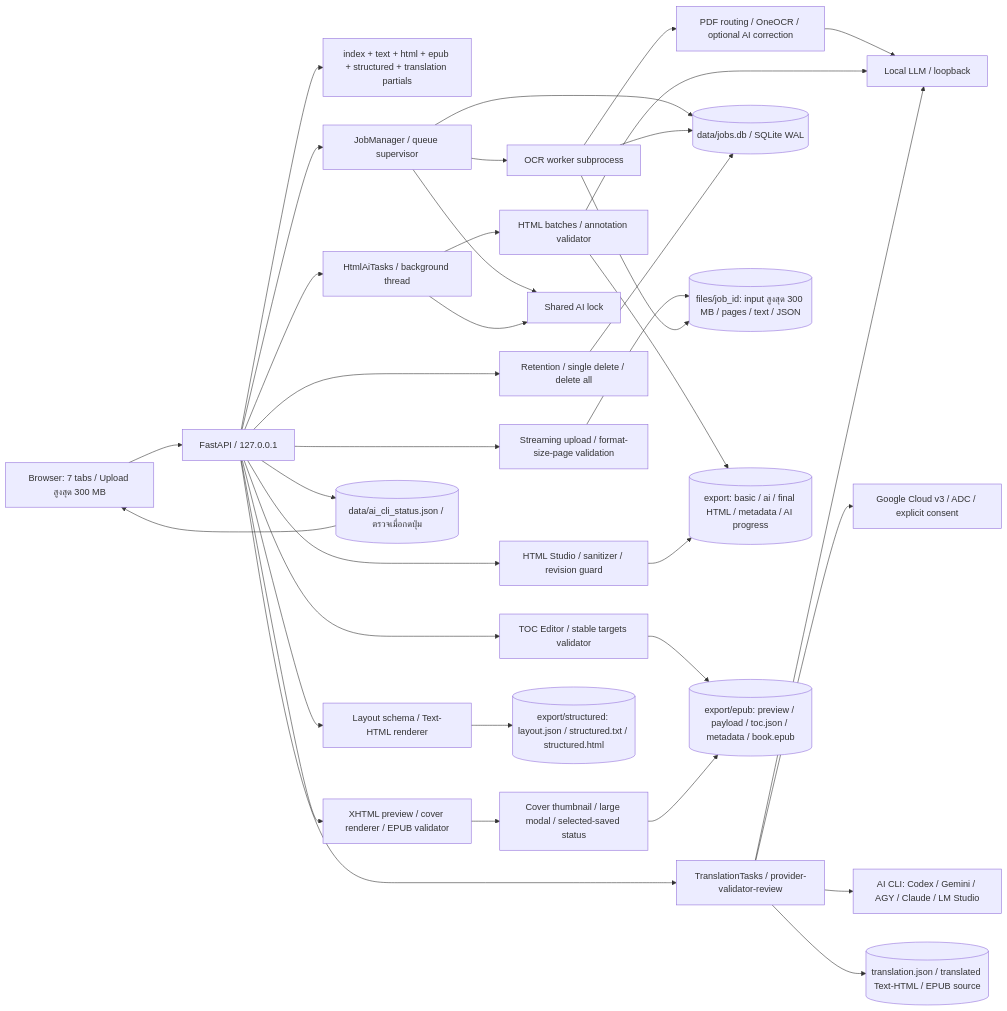
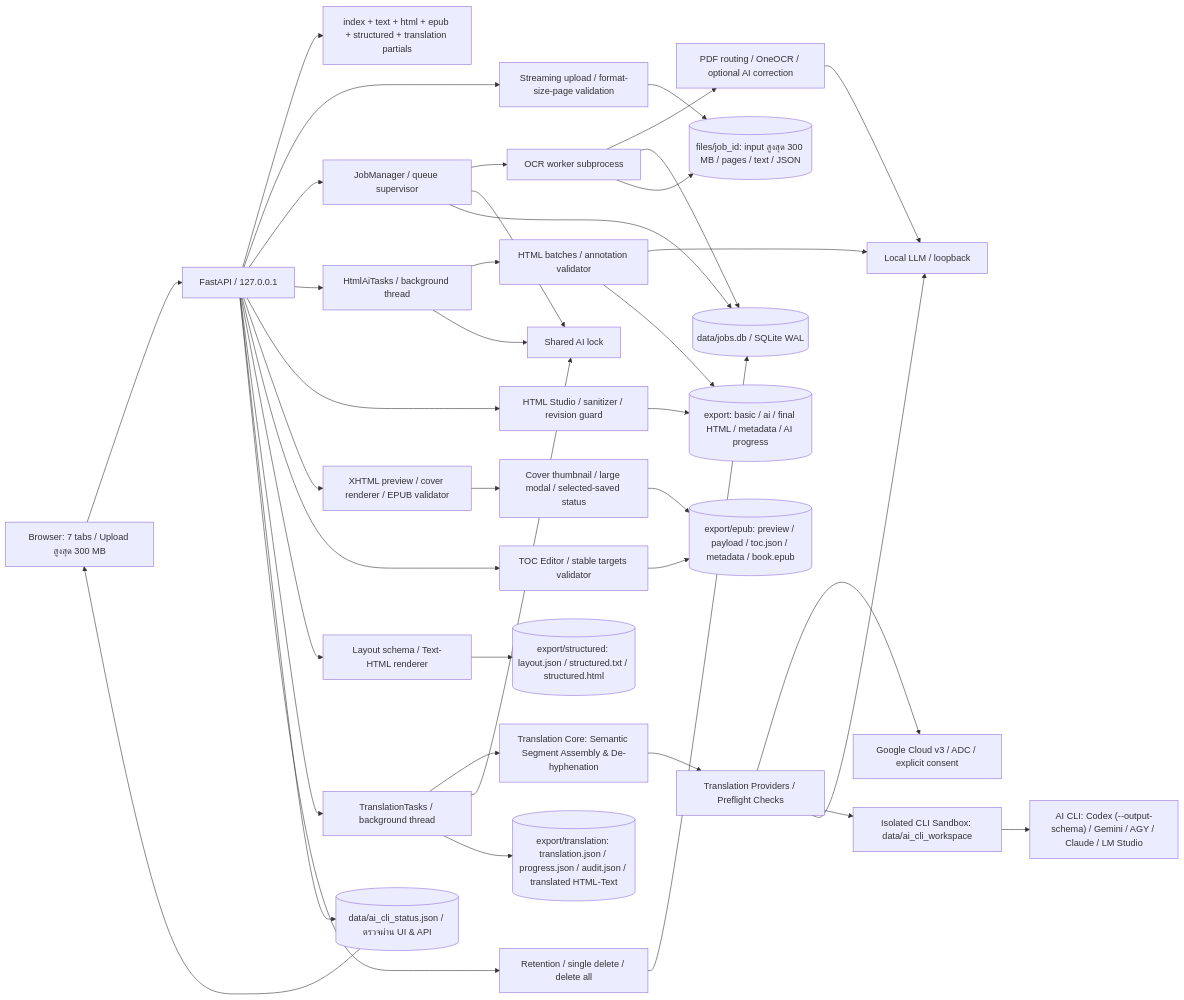
The first of 11 diagrams in readme.md (anuwatm/pdf-ocr-studio), drawn with Mermaid before and after one commit. The commit also changed other lines of this file, not shown here.

Commit message:
docs: update readme and all diagrams to reflect Phase 10 translation engine and AI CLI sandbox

````diff
--- a/readme.md
+++ b/readme.md
@@ -138,38 +139,42 @@
 ```mermaid
 flowchart LR
     UI["Browser: 7 tabs / Upload สูงสุด 300 MB"] --> API["FastAPI / 127.0.0.1"]
     API --> Templates["index + text + html + epub + structured + translation partials"]
     API --> Upload["Streaming upload / format-size-page validation"]
     API --> Manager["JobManager / queue supervisor"]
     Manager --> Worker["OCR worker subprocess"]
     Worker --> Pipeline["PDF routing / OneOCR / optional AI correction"]
     API --> Tasks["HtmlAiTasks / background thread"]
     Tasks --> Exporter["HTML batches / annotation validator"]
     Manager --> Lock["Shared AI lock"]
     Tasks --> Lock
     Pipeline --> LLM["Local LLM / loopback"]
     Exporter --> LLM
     API --> Editor["HTML Studio / sanitizer / revision guard"]
     API --> EPUB["XHTML preview / cover renderer / EPUB validator"]
     EPUB --> CoverUX["Cover thumbnail / large modal / selected-saved status"]
     API --> TOC["TOC Editor / stable targets validator"]
     API --> Structured["Layout schema / Text-HTML renderer"]
-    API --> Translation["TranslationTasks / provider-validator-review"]
-    API --> CLIStatus[("data/ai_cli_status.json / ตรวจเมื่อกดปุ่ม")]
+    API --> Translation["TranslationTasks / background thread"]
+    API --> CLIStatus[("data/ai_cli_status.json / ตรวจผ่าน UI & API")]
     CLIStatus --> UI
-    Translation --> Cloud["Google Cloud v3 / ADC / explicit consent"]
-    Translation --> CLI["AI CLI: Codex / Gemini / AGY / Claude / LM Studio"]
-    Translation --> LLM
+    Translation --> Core["Translation Core: Semantic Segment Assembly & De-hyphenation"]
+    Core --> Providers["Translation Providers / Preflight Checks"]
+    Providers --> Cloud["Google Cloud v3 / ADC / explicit consent"]
+    Providers --> Sandbox["Isolated CLI Sandbox: data/ai_cli_workspace"]
+    Sandbox --> CLI["AI CLI: Codex (--output-schema) / Gemini / AGY / Claude / LM Studio"]
+    Providers --> LLM
+    Translation --> Lock
     API --> Cleanup["Retention / single delete / delete all"]
     Manager --> DB[("data/jobs.db / SQLite WAL")]
     Worker --> DB
     Cleanup --> DB
     Upload --> Files[("files/job_id: input สูงสุด 300 MB / pages / text / JSON")]
     Worker --> Files
     Exporter --> Exports[("export: basic / ai / final HTML / metadata / AI progress")]
     Editor --> Exports
     TOC --> Books[("export/epub: preview / payload / toc.json / metadata / book.epub")]
     CoverUX --> Books
     Structured --> Layouts[("export/structured: layout.json / structured.txt / structured.html")]
-    Translation --> Translated[("translation.json / translated Text-HTML / EPUB source")]
+    Translation --> TransOut[("export/translation: translation.json / progress.json / audit.json / translated HTML-Text")]
 ```
````
